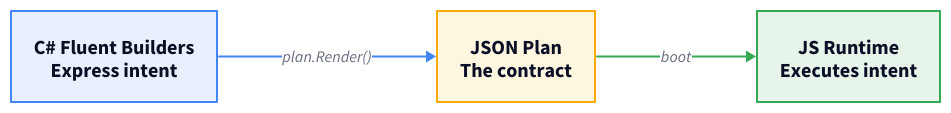
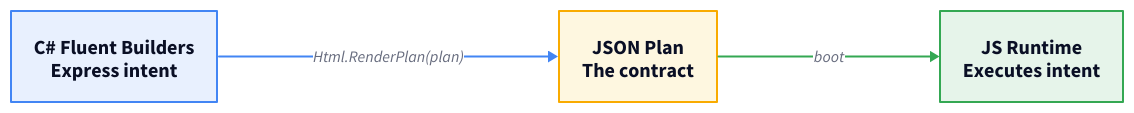
One commit to marafiq/alis-reactive changed the diagram in docs-site/src/content/docs/csharp-modules/mental-model.mdx. Above: the diagram before and after it, drawn with D2. The commit also changed 3 other files, not shown here.

Commit message:
docs: align plan render and test helper wording

````diff
--- a/docs-site/src/content/docs/csharp-modules/mental-model.mdx
+++ b/docs-site/src/content/docs/csharp-modules/mental-model.mdx
@@ -98,31 +98,31 @@
 ```d2
 direction: right
 
 builders: "C# Fluent Builders\nExpress intent" {
   shape: rectangle
   style.fill: "#e8f0fe"
   style.stroke: "#4285f4"
   style.font-size: 20
 }
 plan: "JSON Plan\nThe contract" {
   shape: rectangle
   style.fill: "#fef7e0"
   style.stroke: "#f9ab00"
   style.font-size: 20
 }
 runtime: "JS Runtime\nExecutes intent" {
   shape: rectangle
   style.fill: "#e6f4ea"
   style.stroke: "#34a853"
   style.font-size: 20
 }
 
-builders -> plan: plan.Render() {
+builders -> plan: Html.RenderPlan(plan) {
   style.font-size: 16
   style.stroke: "#4285f4"
 }
 plan -> runtime: boot {
   style.font-size: 16
   style.stroke: "#34a853"
 }
 ```
````
